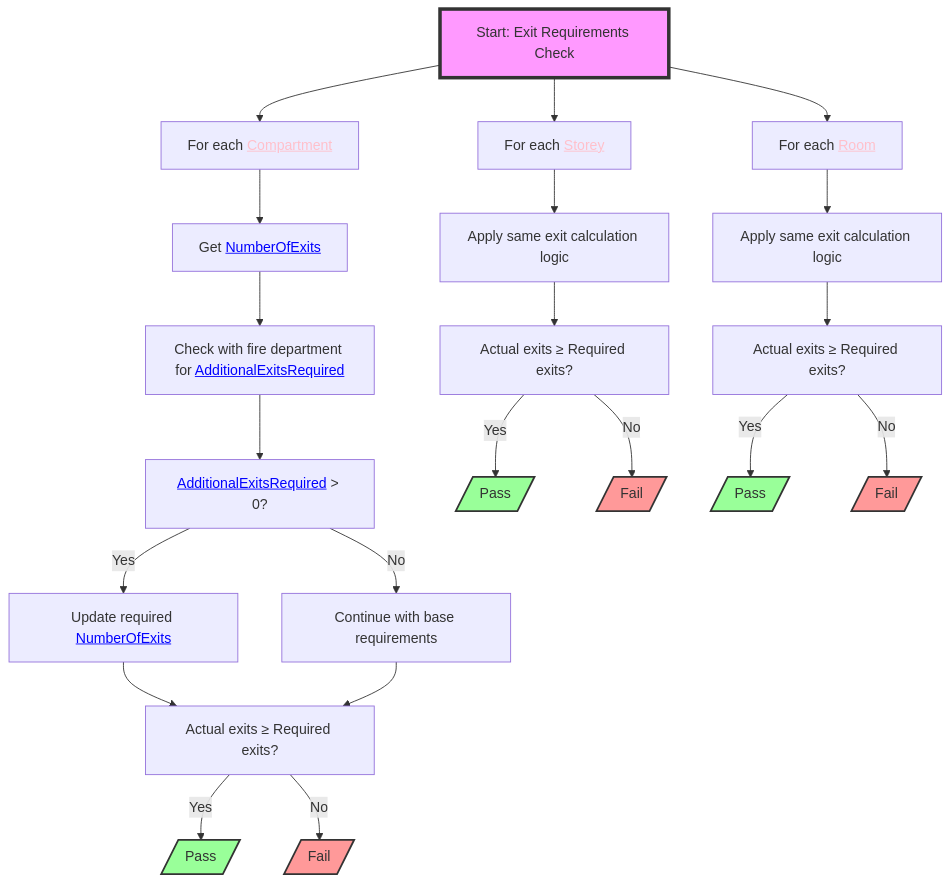
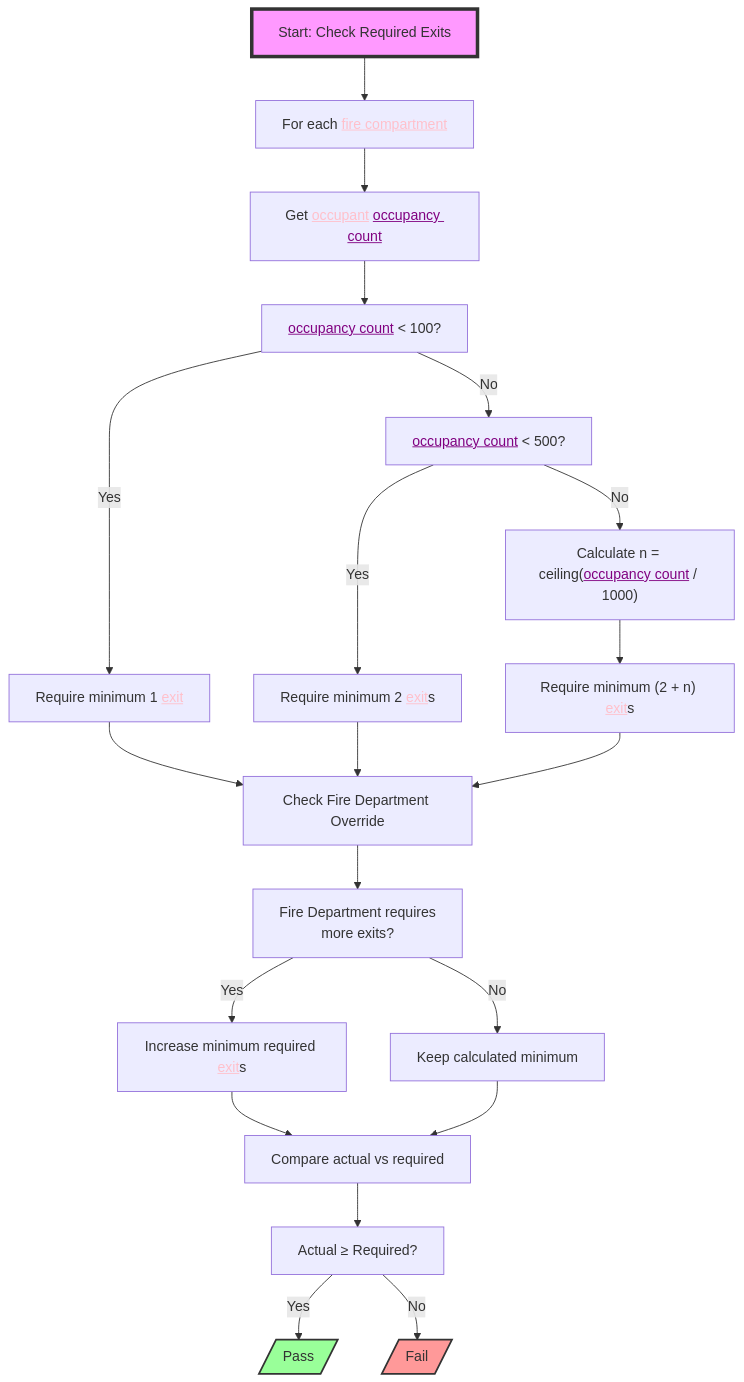
The diagram in mmddiagrams/BasisnormenLG_cropped.pdf/Article_2_2_1_1.mmd (CedricDriesen92/RulebookProcessing), drawn with Mermaid before and after one commit. The commit also changed 8 other files, not shown here.

```diff
--- a/mmddiagrams/BasisnormenLG_cropped.pdf/Article_2_2_1_1.mmd
+++ b/mmddiagrams/BasisnormenLG_cropped.pdf/Article_2_2_1_1.mmd
@@ -1,35 +1,32 @@
 flowchart TD
-    S1["Start: Exit Requirements Check"] --> A["For each <a href='http://example.com/firebimbuilding#Compartment' style='color:pink;'>Compartment</a>"]
-    A --> B["Get <a href='http://example.com/firebimbuilding#NumberOfExits' style='color:blue;'>NumberOfExits</a>"]
-    B --> C["Check with fire department for <a href='http://example.com/firebimbuilding#AdditionalExitsRequired' style='color:blue;'>AdditionalExitsRequired</a>"]
-    C --> D["<a href='http://example.com/firebimbuilding#AdditionalExitsRequired' style='color:blue;'>AdditionalExitsRequired</a> > 0?"]
-    D -- Yes --> E["Update required <a href='http://example.com/firebimbuilding#NumberOfExits' style='color:blue;'>NumberOfExits</a>"]
-    D -- No --> F["Continue with base requirements"]
-    E --> G["Actual exits ≥ Required exits?"]
-    F --> G
-    G -- Yes --> H[/"Pass"/]
-    G -- No --> I[/"Fail"/]
+    S1["Start: Check Required Exits"] --> A["For each <a href='http://example.com/firebimbuilding#FireCompartment' style='color:pink;'>fire compartment</a>"]
+    A --> B["Get <a href='http://example.com/firebimbuilding#Occupant' style='color:pink;'>occupant</a> <a href='#OccupancyCount' style='color:purple;'>occupancy count</a>"]
+    B --> C["<a href='#OccupancyCount' style='color:purple;'>occupancy count</a> < 100?"]
+    C -- Yes --> D["Require minimum 1 <a href='http://example.com/firebimbuilding#Exit' style='color:pink;'>exit</a>"]
+    C -- No --> E["<a href='#OccupancyCount' style='color:purple;'>occupancy count</a> < 500?"]
+    E -- Yes --> F["Require minimum 2 <a href='http://example.com/firebimbuilding#Exit' style='color:pink;'>exit</a>s"]
+    E -- No --> G["Calculate n = ceiling(<a href='#OccupancyCount' style='color:purple;'>occupancy count</a> / 1000)"]
+    G --> H["Require minimum (2 + n) <a href='http://example.com/firebimbuilding#Exit' style='color:pink;'>exit</a>s"]
     
-    S1 --> J["For each <a href='http://example.com/firebimbuilding#Storey' style='color:pink;'>Storey</a>"]
-    J --> K["Apply same exit calculation logic"]
-    K --> L["Actual exits ≥ Required exits?"]
-    L -- Yes --> M[/"Pass"/]
-    L -- No --> N[/"Fail"/]
+    D --> I["Check Fire Department Override"]
+    F --> I
+    H --> I
     
-    S1 --> O["For each <a href='http://example.com/firebimbuilding#Room' style='color:pink;'>Room</a>"]
-    O --> P["Apply same exit calculation logic"]
-    P --> Q["Actual exits ≥ Required exits?"]
-    Q -- Yes --> R[/"Pass"/]
-    Q -- No --> S[/"Fail"/]
+    I --> J["Fire Department requires\nmore exits?"]
+    J -- Yes --> K["Increase minimum required <a href='http://example.com/firebimbuilding#Exit' style='color:pink;'>exit</a>s"]
+    J -- No --> L["Keep calculated minimum"]
+    
+    K --> M["Compare actual vs required"]
+    L --> M
+    
+    M --> N["Actual ≥ Required?"]
+    N -- Yes --> O[/"Pass"/]
+    N -- No --> P[/"Fail"/]
 
     S1:::startClass
-    H:::passClass
-    I:::failClass
-    M:::passClass
-    N:::failClass
-    R:::passClass
-    S:::failClass
+    O:::passClass
+    P:::failClass
 
     classDef startClass fill:#f9f,stroke:#333,stroke-width:4px
     classDef passClass fill:#9f9,stroke:#333,stroke-width:2px
     classDef failClass fill:#f99,stroke:#333,stroke-width:2px
```
